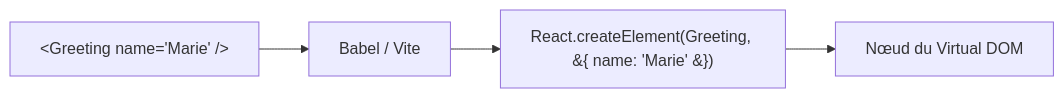
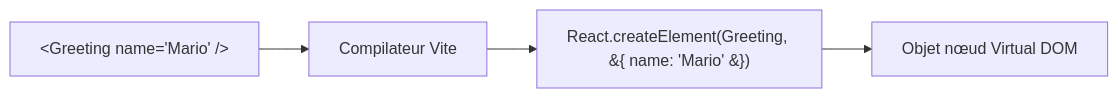
One commit to BabaScience/react-guides changed the third of 10 diagrams in arguments/chapters/fr/01-fundamentals.md. Above: the diagram before and after it, drawn with Mermaid. The commit also changed other lines of this file and 46 other files, not shown here.

````diff
--- a/arguments/chapters/fr/01-fundamentals.md
+++ b/arguments/chapters/fr/01-fundamentals.md
@@ -95,6 +206,6 @@
 ```mermaid
 graph LR
-    JSX["&lt;Greeting name='Marie' /&gt;"] --> Babel[Babel / Vite]
-    Babel --> Call["React.createElement(Greeting, &#123; name: 'Marie' &#125;)"]
-    Call --> VNode["Nœud du Virtual DOM"]
+    JSX["&lt;Greeting name='Mario' /&gt;"] --> Compiler[Compilateur Vite]
+    Compiler --> Call["React.createElement(Greeting, &#123; name: 'Mario' &#125;)"]
+    Call --> VNode["Objet nœud Virtual DOM"]
 ```
````
